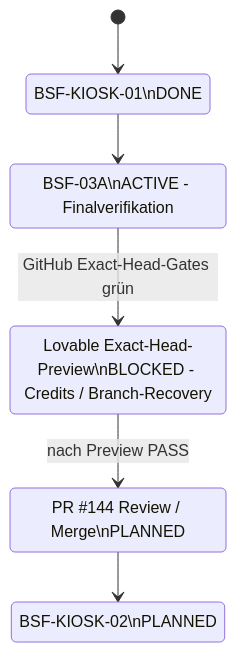
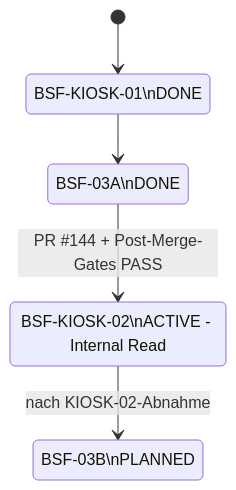
Before and after one commit to bmarnau/sysingdashboard: the diagram in docs/ENTWICKLUNGSTAGEBUCH.md, drawn with Mermaid. The commit also changed other lines of this file and 1 other file, not shown here.

Commit message:
docs(board): BSF-03A DONE und KIOSK-02 CURRENT

````diff
--- a/docs/ENTWICKLUNGSTAGEBUCH.md
+++ b/docs/ENTWICKLUNGSTAGEBUCH.md
@@ -1019,13 +1019,11 @@
 ```mermaid
 stateDiagram-v2
     [*] --> KIOSK01
     KIOSK01: BSF-KIOSK-01\nDONE
     KIOSK01 --> BSF03A
-    BSF03A: BSF-03A\nACTIVE - Finalverifikation
-    BSF03A --> LOVABLE: GitHub Exact-Head-Gates grün
-    LOVABLE: Lovable Exact-Head-Preview\nBLOCKED - Credits / Branch-Recovery
-    LOVABLE --> REVIEW: nach Preview PASS
-    REVIEW: PR #144 Review / Merge\nPLANNED
-    REVIEW --> KIOSK02
-    KIOSK02: BSF-KIOSK-02\nPLANNED
+    BSF03A: BSF-03A\nDONE
+    BSF03A --> KIOSK02: PR #144 + Post-Merge-Gates PASS
+    KIOSK02: BSF-KIOSK-02\nACTIVE - Internal Read
+    KIOSK02 --> BSF03B: nach KIOSK-02-Abnahme
+    BSF03B: BSF-03B\nPLANNED
 ```
````
